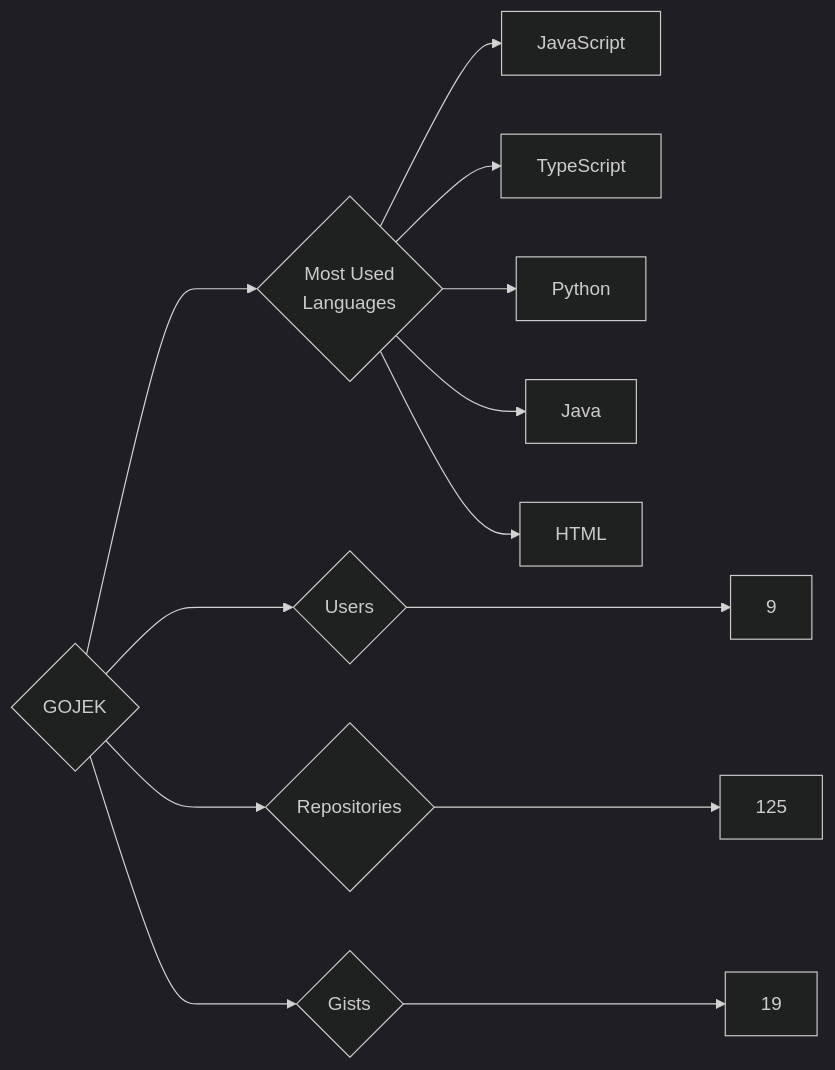
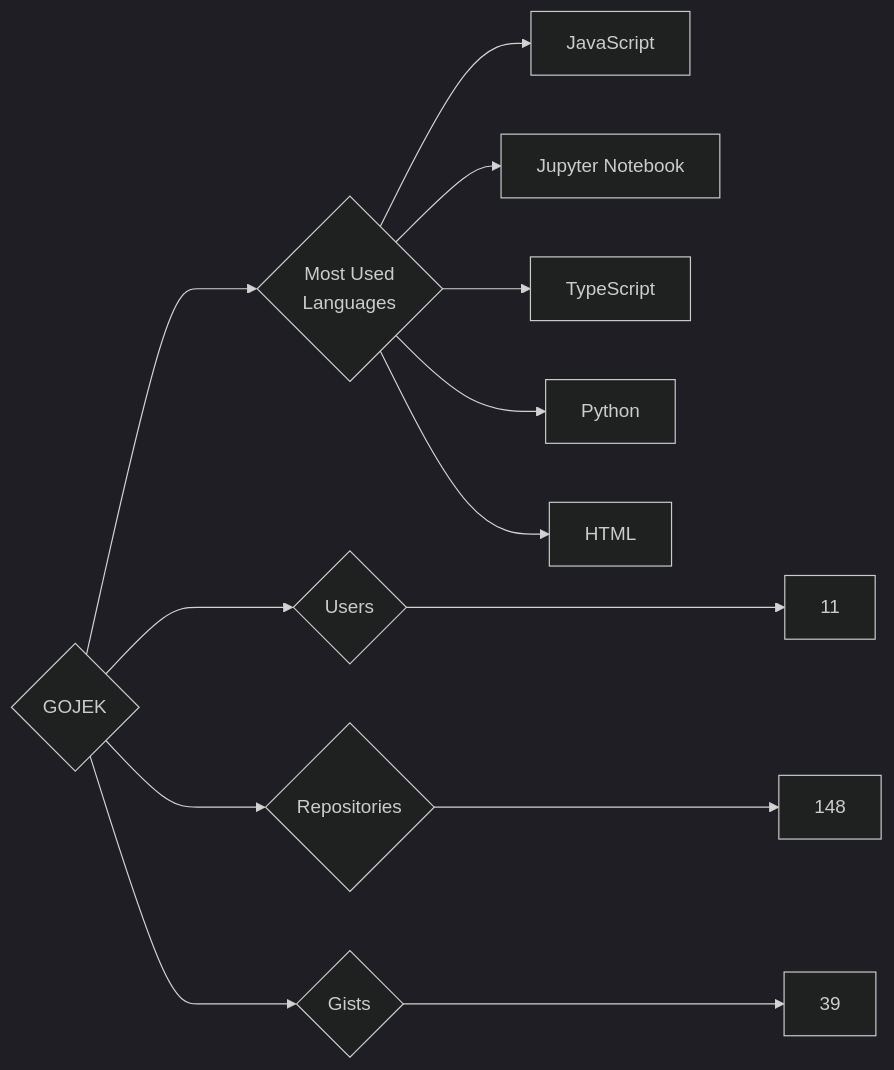
One commit to trickest/insiders changed the diagram in targets/GOJEK/README.md. Above: the diagram before and after it, drawn with Mermaid (dark theme). The commit also changed 1036 other files, not shown here.

````diff
--- a/targets/GOJEK/README.md
+++ b/targets/GOJEK/README.md
@@ -3,13 +3,13 @@
 ```mermaid
 graph LR
 COMPANY_NAME{GOJEK}
-COMPANY_NAME ---> U{Users} ---> UN[9]
-COMPANY_NAME ---> R{Repositories} ---> RN[125]
-COMPANY_NAME ---> G{Gists} ---> GN[19]
+COMPANY_NAME ---> U{Users} ---> UN[11]
+COMPANY_NAME ---> R{Repositories} ---> RN[148]
+COMPANY_NAME ---> G{Gists} ---> GN[39]
 COMPANY_NAME ---> ML{Most Used<br>Languages}
 ML --> JavaScript[JavaScript]
+ML --> Jupyter_Notebook[Jupyter Notebook]
 ML --> TypeScript[TypeScript]
 ML --> Python[Python]
-ML --> Java[Java]
 ML --> HTML[HTML]
 ```
````
